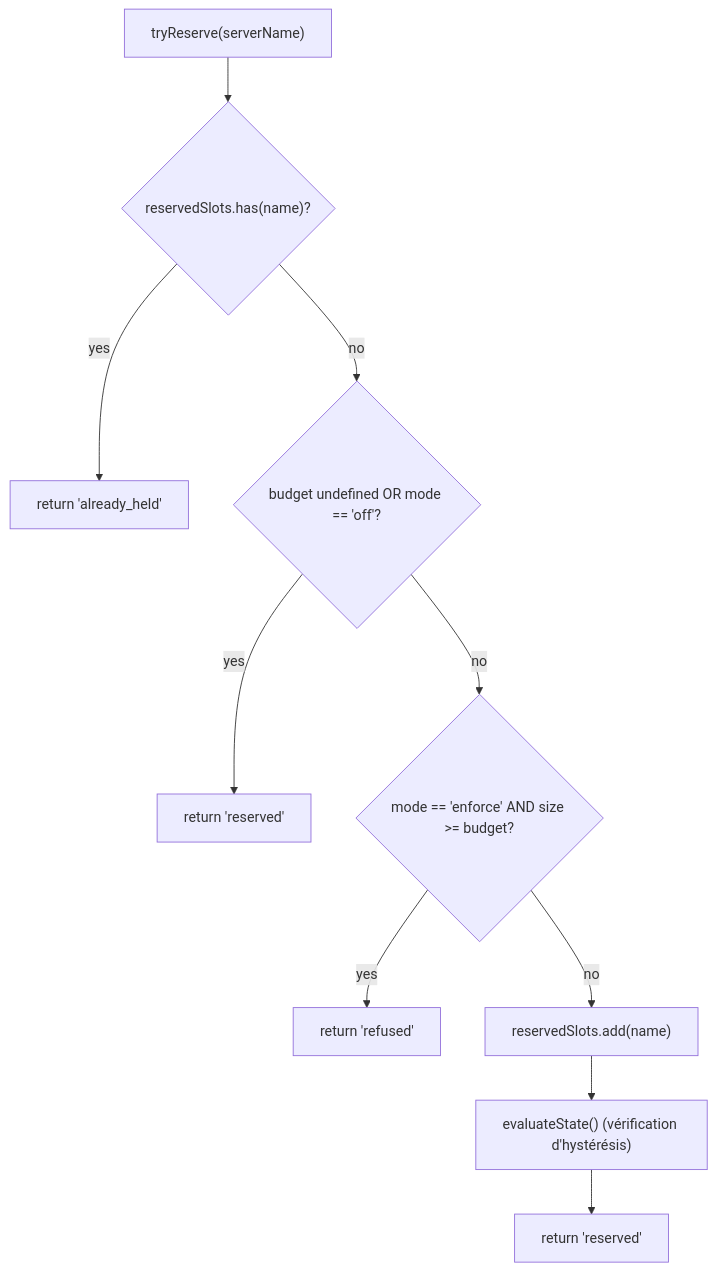
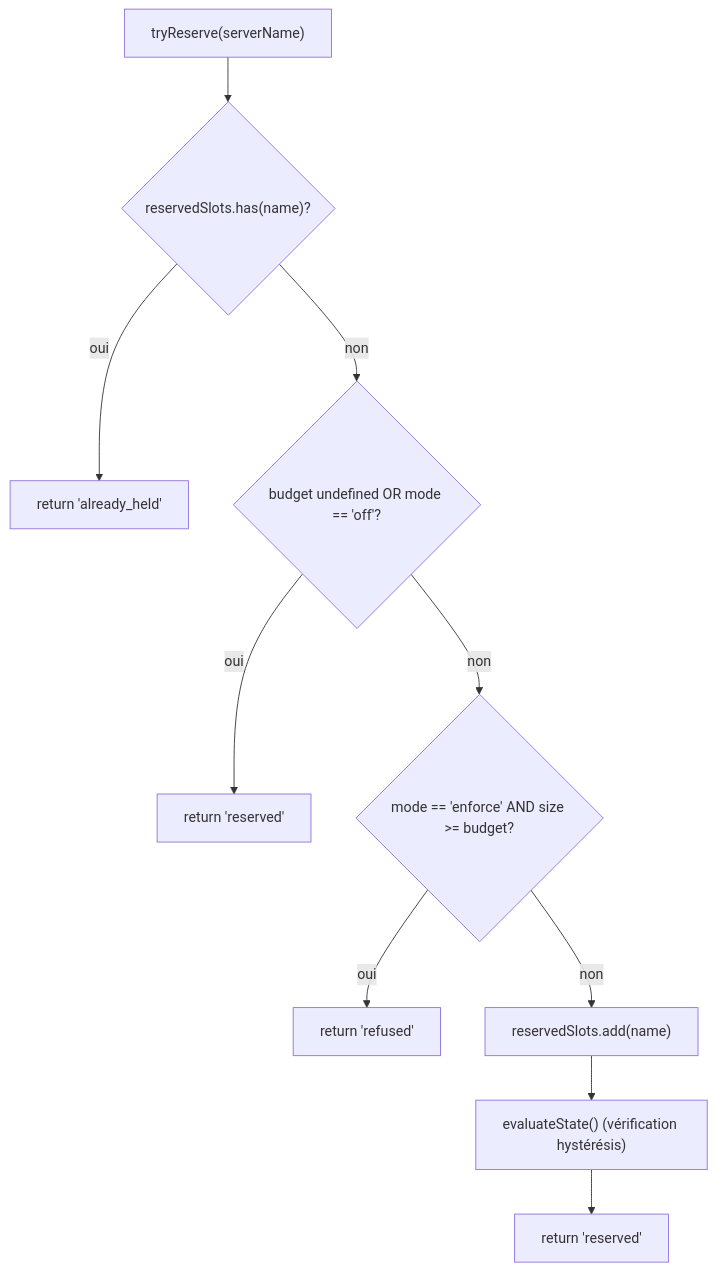
Before and after one commit to QwenLM/qwen-code-docs: the first of 3 diagrams in website/content/fr/developers/daemon/06-mcp-budget-guardrails.md, drawn with Mermaid. The commit also changed other lines of this file and 1077 other files, not shown here.

````diff
--- a/website/content/fr/developers/daemon/06-mcp-budget-guardrails.md
+++ b/website/content/fr/developers/daemon/06-mcp-budget-guardrails.md
@@ -57,12 +57,12 @@
 ```mermaid
 flowchart TD
     A["tryReserve(serverName)"] --> B{"reservedSlots.has(name)?"}
-    B -->|yes| AH["return 'already_held'"]
-    B -->|no| C{"budget undefined OR mode == 'off'?"}
-    C -->|yes| R["return 'reserved'"]
-    C -->|no| D{"mode == 'enforce' AND size >= budget?"}
-    D -->|yes| RF["return 'refused'"]
-    D -->|no| ADD["reservedSlots.add(name)"]
-    ADD --> EV["evaluateState() (vérification d'hystérésis)"]
+    B -->|oui| AH["return 'already_held'"]
+    B -->|non| C{"budget undefined OR mode == 'off'?"}
+    C -->|oui| R["return 'reserved'"]
+    C -->|non| D{"mode == 'enforce' AND size >= budget?"}
+    D -->|oui| RF["return 'refused'"]
+    D -->|non| ADD["reservedSlots.add(name)"]
+    ADD --> EV["evaluateState() (vérification hystérésis)"]
     EV --> R2["return 'reserved'"]
 ```
````
